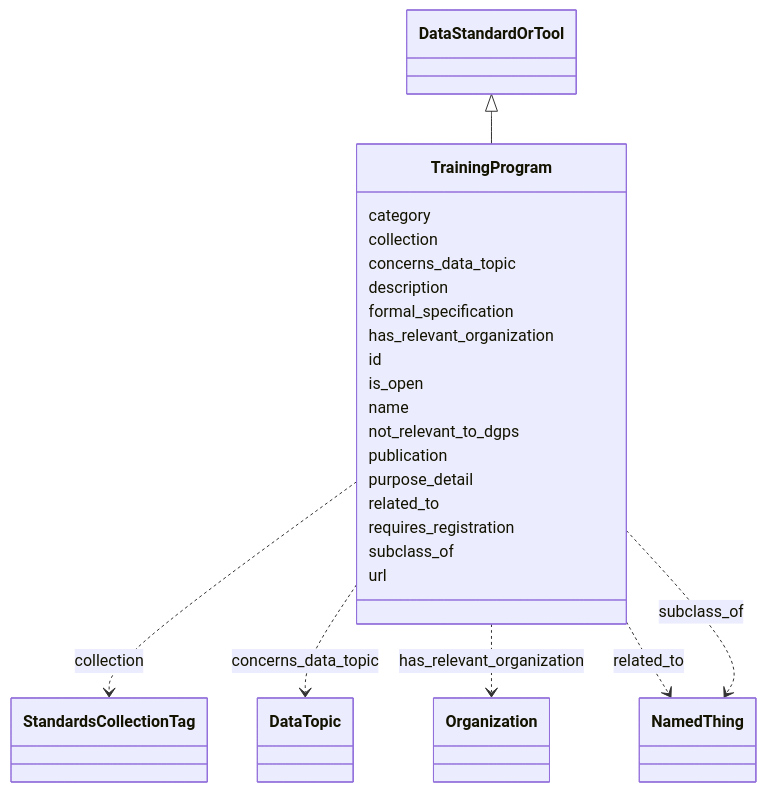
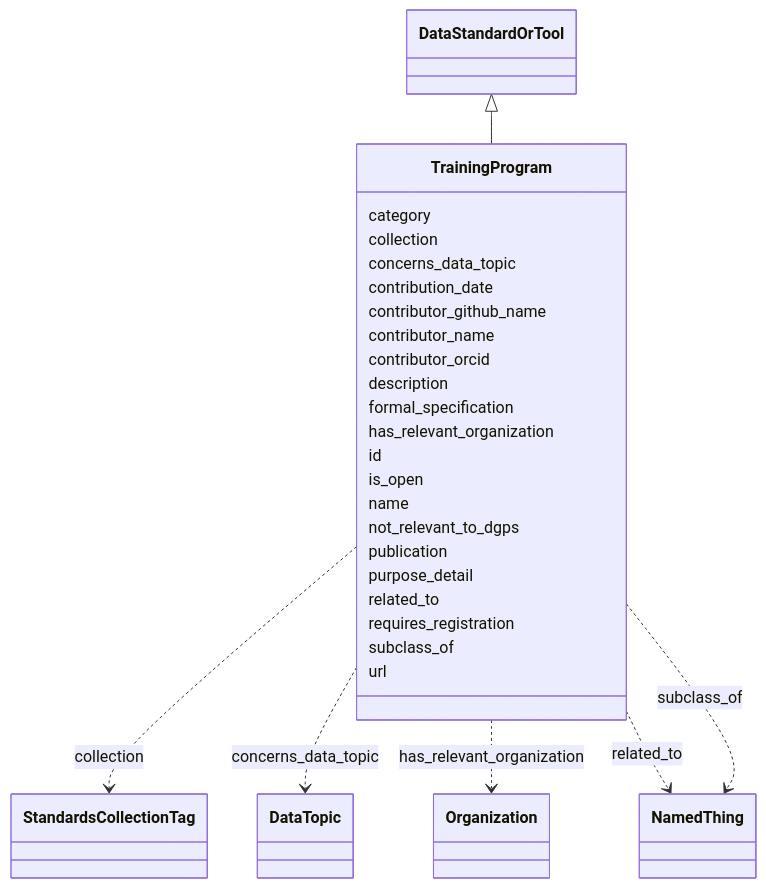
One commit to bridge2ai/standards-schemas changed the diagram in docs/TrainingProgram.md. Above: the diagram before and after it, drawn with Mermaid. The commit also changed other lines of this file and 51 other files, not shown here.

````diff
--- a/docs/TrainingProgram.md
+++ b/docs/TrainingProgram.md
@@ -11,49 +11,57 @@
 ```mermaid
  classDiagram
     class TrainingProgram
       DataStandardOrTool <|-- TrainingProgram
       
       TrainingProgram : category
         
       TrainingProgram : collection
         
           TrainingProgram ..> StandardsCollectionTag : collection
         
       TrainingProgram : concerns_data_topic
         
           TrainingProgram ..> DataTopic : concerns_data_topic
+        
+      TrainingProgram : contribution_date
+        
+      TrainingProgram : contributor_github_name
+        
+      TrainingProgram : contributor_name
+        
+      TrainingProgram : contributor_orcid
         
       TrainingProgram : description
         
       TrainingProgram : formal_specification
         
       TrainingProgram : has_relevant_organization
         
           TrainingProgram ..> Organization : has_relevant_organization
         
       TrainingProgram : id
         
       TrainingProgram : is_open
         
       TrainingProgram : name
         
       TrainingProgram : not_relevant_to_dgps
         
       TrainingProgram : publication
         
       TrainingProgram : purpose_detail
         
       TrainingProgram : related_to
         
           TrainingProgram ..> NamedThing : related_to
         
       TrainingProgram : requires_registration
         
       TrainingProgram : subclass_of
         
           TrainingProgram ..> NamedThing : subclass_of
         
       TrainingProgram : url
         
       
 ```
````
